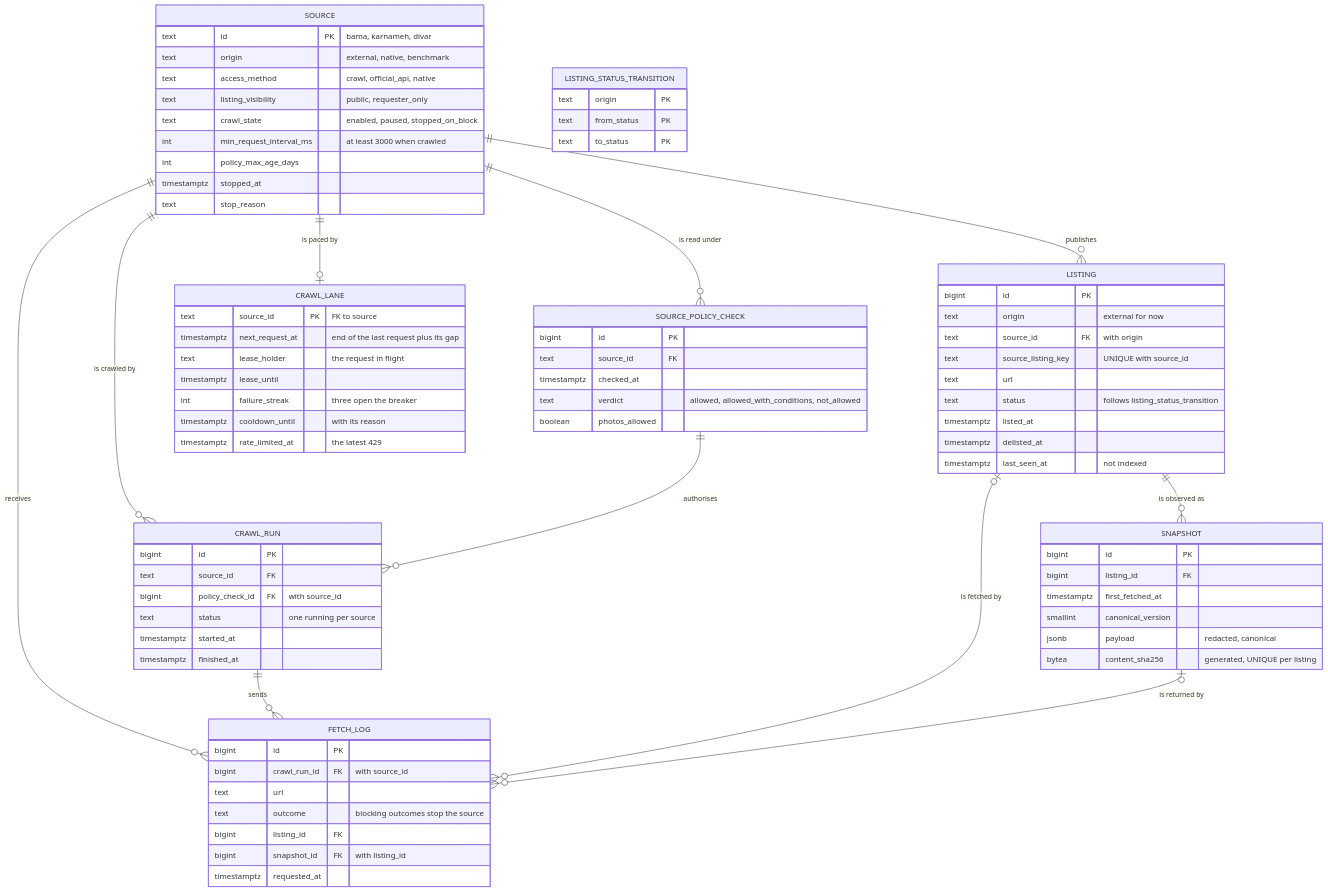
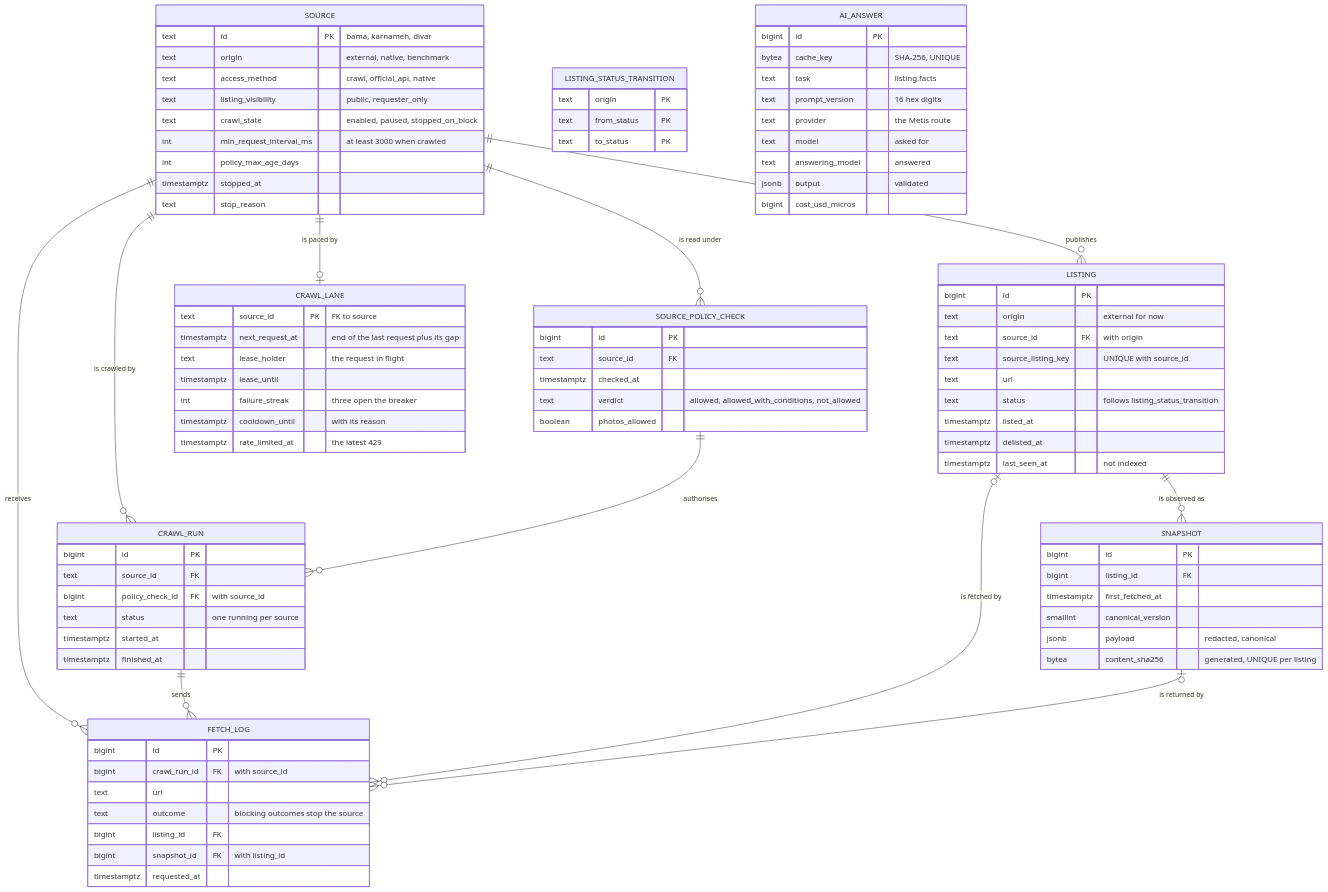
One commit to youridol544/carshenas changed the first of 2 diagrams in docs/design/data-model.md. Above: the diagram before and after it, drawn with Mermaid. The commit also changed other lines of this file and 21 other files, not shown here.

First line of the commit message:
CS-45: store validated answers in ai_answer and start the AI layer in the worker when a job calls models

````diff
--- a/docs/design/data-model.md
+++ b/docs/design/data-model.md
@@ -556,4 +585,15 @@
         jsonb payload "redacted, canonical"
         bytea content_sha256 "generated, UNIQUE per listing"
     }
+    AI_ANSWER {
+        bigint id PK
+        bytea cache_key "SHA-256, UNIQUE"
+        text task "listing.facts"
+        text prompt_version "16 hex digits"
+        text provider "the Metis route"
+        text model "asked for"
+        text answering_model "answered"
+        jsonb output "validated"
+        bigint cost_usd_micros
+    }
 ```
````
